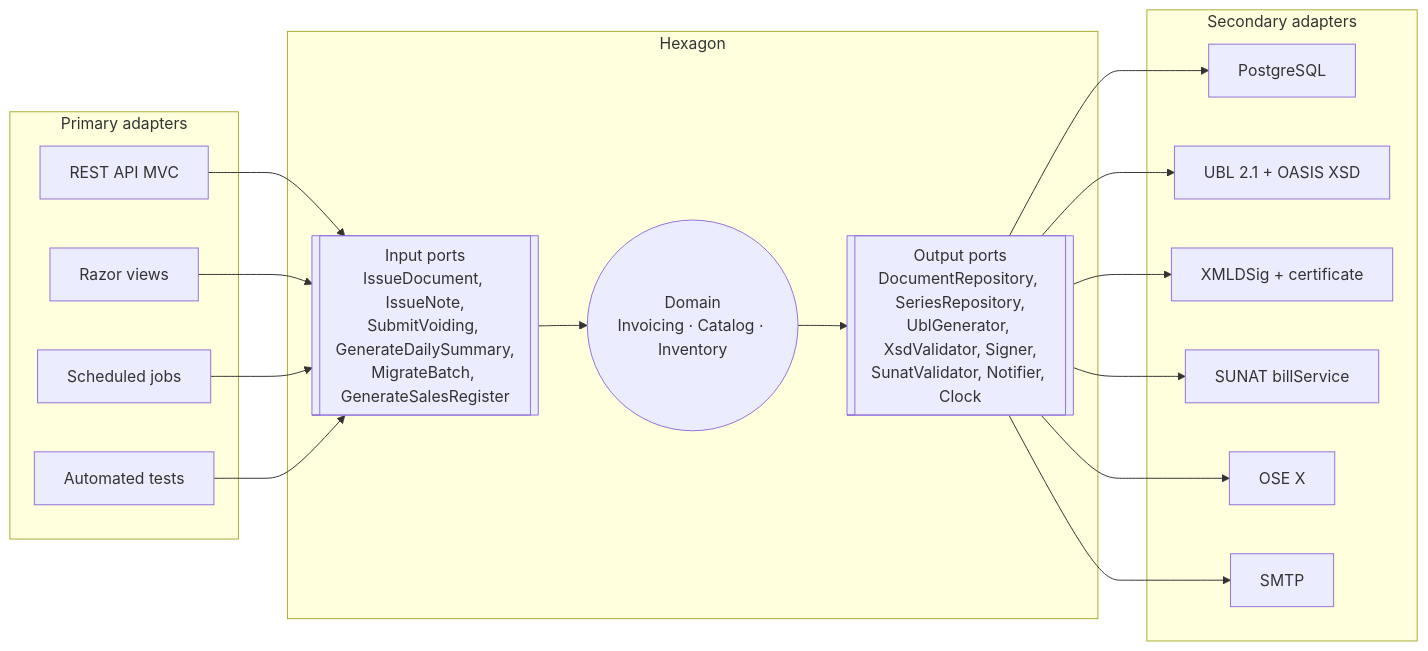
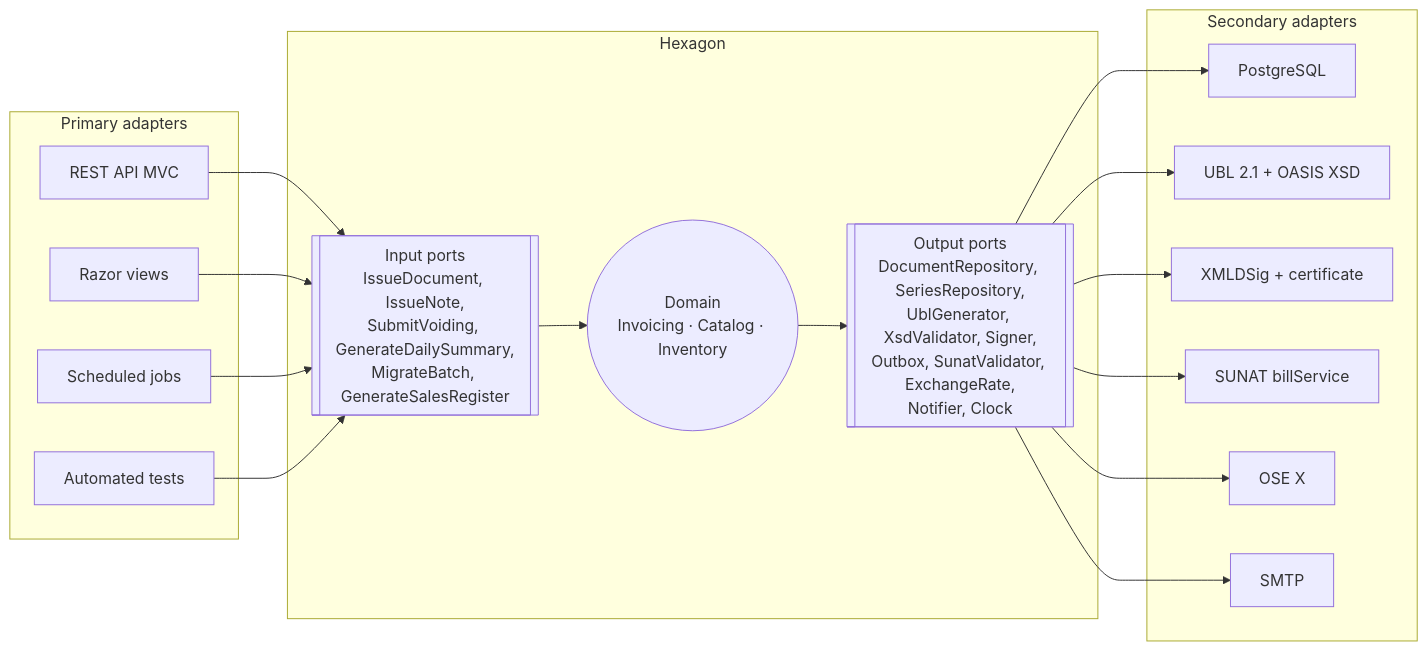
One commit to juan745Guevara/Medio-curso-Hubel changed the fourth of 8 diagrams in specs/architecture/architecture.md. Above: the diagram before and after it, drawn with Mermaid. The commit also changed other lines of this file and 174 other files, not shown here.

````diff
--- a/specs/architecture/architecture.md
+++ b/specs/architecture/architecture.md
@@ -84,25 +85,25 @@
 ```mermaid
 flowchart LR
   subgraph Primary adapters
     a1[REST API MVC]
     a2[Razor views]
     a3[Scheduled jobs]
     a4[Automated tests]
   end
   subgraph Hexagon
     pin[[Input ports<br/>IssueDocument, IssueNote,<br/>SubmitVoiding, GenerateDailySummary,<br/>MigrateBatch, GenerateSalesRegister]]
     core((Domain<br/>Invoicing · Catalog · Inventory))
-    pout[[Output ports<br/>DocumentRepository, SeriesRepository,<br/>UblGenerator, XsdValidator, Signer,<br/>SunatValidator, Notifier, Clock]]
+    pout[[Output ports<br/>DocumentRepository, SeriesRepository,<br/>UblGenerator, XsdValidator, Signer,<br/>Outbox, SunatValidator, ExchangeRate,<br/>Notifier, Clock]]
     pin --> core --> pout
   end
   subgraph Secondary adapters
     b1[PostgreSQL]
     b2[UBL 2.1 + OASIS XSD]
     b3[XMLDSig + certificate]
     b4[SUNAT billService]
     b5[OSE X]
     b6[SMTP]
   end
   a1 & a2 & a3 & a4 --> pin
   pout --> b1 & b2 & b3 & b4 & b5 & b6
 ```
````
